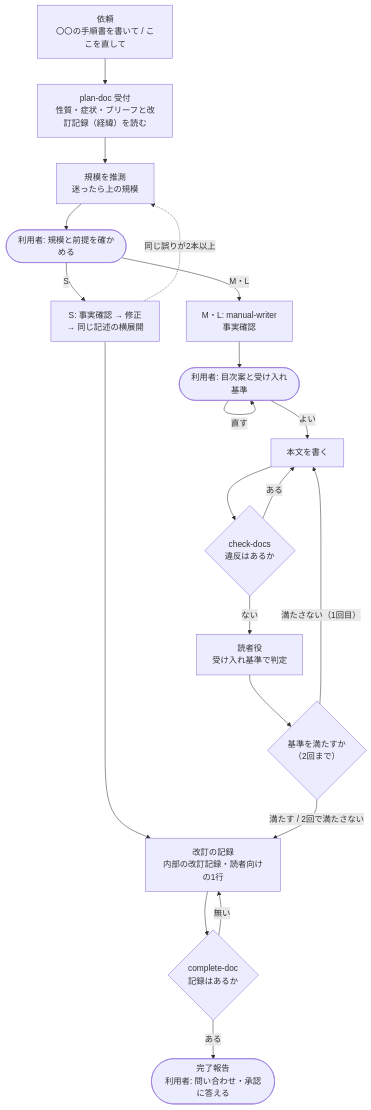
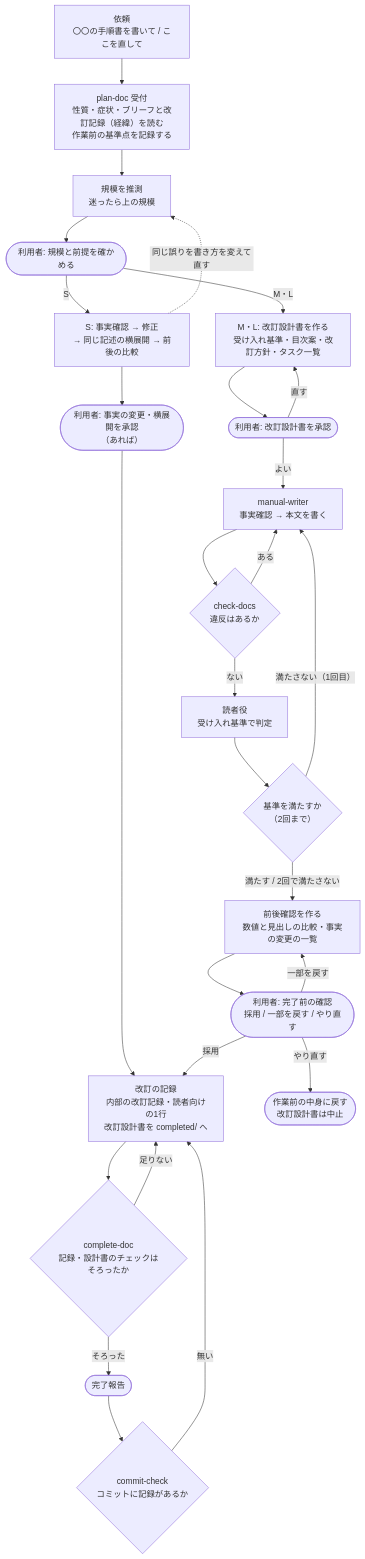
Before and after one commit to mizuta0711/claude-doc-harness: the diagram in docs/diagrams/02_文書作成フロー図.md, drawn with Mermaid. The commit also changed other lines of this file and 33 other files, not shown here.

````diff
--- a/docs/diagrams/02_文書作成フロー図.md
+++ b/docs/diagrams/02_文書作成フロー図.md
@@ -27,31 +28,39 @@
 ```mermaid
 flowchart TD
     REQ["依頼<br/>〇〇の手順書を書いて / ここを直して"]
-    INTAKE["plan-doc 受付<br/>性質・症状・ブリーフと改訂記録（経緯）を読む"]
+    INTAKE["plan-doc 受付<br/>性質・症状・ブリーフと改訂記録（経緯）を読む<br/>作業前の基準点を記録する"]
     SIZE["規模を推測<br/>迷ったら上の規模"]
     G1(["利用者: 規模と前提を確かめる"])
-    FIX["S: 事実確認 → 修正<br/>→ 同じ記述の横展開"]
-    S1["M・L: manual-writer<br/>事実確認"]
-    TOC(["利用者: 目次案と受け入れ基準"])
-    WRITE["本文を書く"]
+    FIX["S: 事実確認 → 修正<br/>→ 同じ記述の横展開 → 前後の比較"]
+    GS(["利用者: 事実の変更・横展開を承認<br/>（あれば）"])
+    PLAN["M・L: 改訂設計書を作る<br/>受け入れ基準・目次案・改訂方針・タスク一覧"]
+    G2(["利用者: 改訂設計書を承認"])
+    WRITE["manual-writer<br/>事実確認 → 本文を書く"]
     HOOK{"check-docs<br/>違反はあるか"}
     REV["読者役<br/>受け入れ基準で判定"]
     PASS{"基準を満たすか<br/>（2回まで）"}
-    REC["改訂の記録<br/>内部の改訂記録・読者向けの1行"]
-    CHECK{"complete-doc<br/>記録はあるか"}
-    DONE(["完了報告<br/>利用者: 問い合わせ・承認に答える"])
+    BA["前後確認を作る<br/>数値と見出しの比較・事実の変更の一覧"]
+    G3(["利用者: 完了前の確認<br/>採用 / 一部を戻す / やり直す"])
+    REC["改訂の記録<br/>内部の改訂記録・読者向けの1行<br/>改訂設計書を completed/ へ"]
+    CHECK{"complete-doc<br/>記録・設計書のチェックはそろったか"}
+    DONE(["完了報告"])
+    COMMIT{"commit-check<br/>コミットに記録があるか"}
 
     REQ --> INTAKE --> SIZE --> G1
-    G1 -- S --> FIX --> REC
-    FIX -. 同じ誤りが2本以上 .-> SIZE
-    G1 -- M・L --> S1 --> TOC
-    TOC -- 直す --> TOC
-    TOC -- よい --> WRITE --> HOOK
+    G1 -- S --> FIX --> GS --> REC
+    FIX -. 同じ誤りを書き方を変えて直す .-> SIZE
+    G1 -- M・L --> PLAN --> G2
+    G2 -- 直す --> PLAN
+    G2 -- よい --> WRITE --> HOOK
     HOOK -- ある --> WRITE
     HOOK -- ない --> REV --> PASS
     PASS -- 満たさない（1回目） --> WRITE
-    PASS -- 満たす / 2回で満たさない --> REC
+    PASS -- 満たす / 2回で満たさない --> BA --> G3
+    G3 -- 一部を戻す --> BA
+    G3 -- やり直す --> BACK(["作業前の中身に戻す<br/>改訂設計書は中止"])
+    G3 -- 採用 --> REC
     REC --> CHECK
-    CHECK -- 無い --> REC
-    CHECK -- ある --> DONE
+    CHECK -- 足りない --> REC
+    CHECK -- そろった --> DONE --> COMMIT
+    COMMIT -- 無い --> REC
 ```
````
